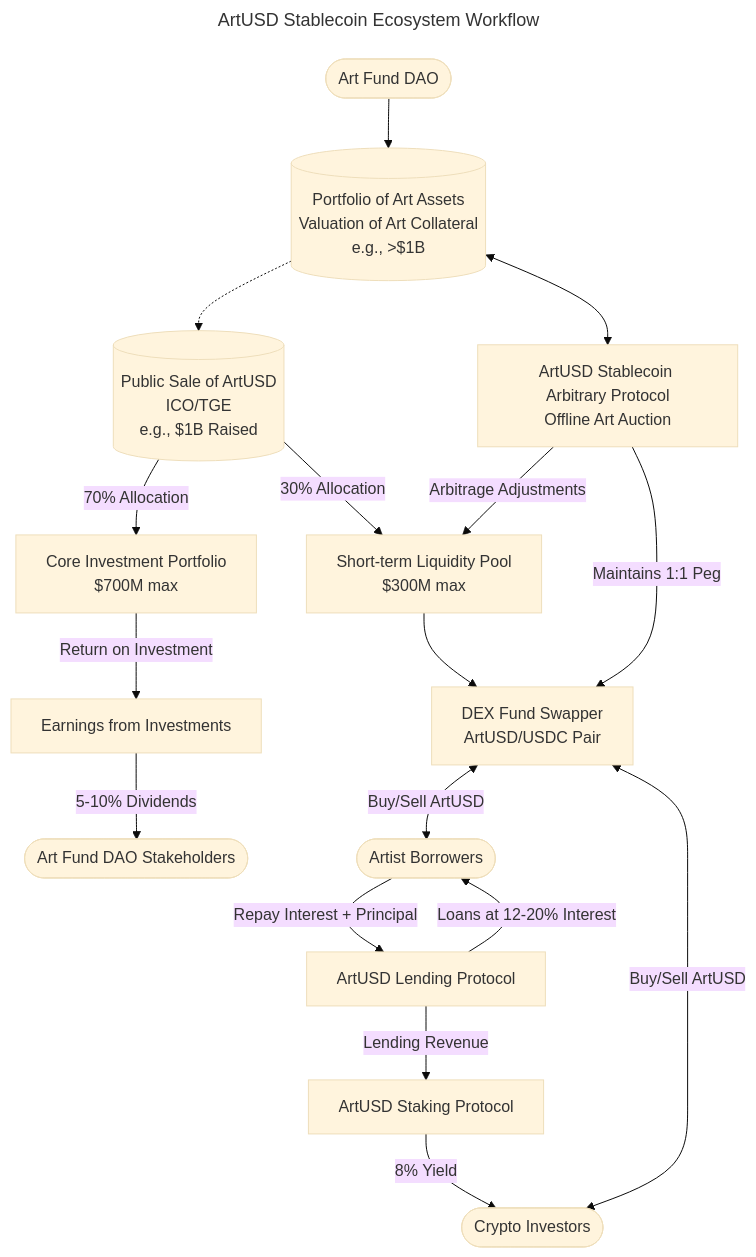
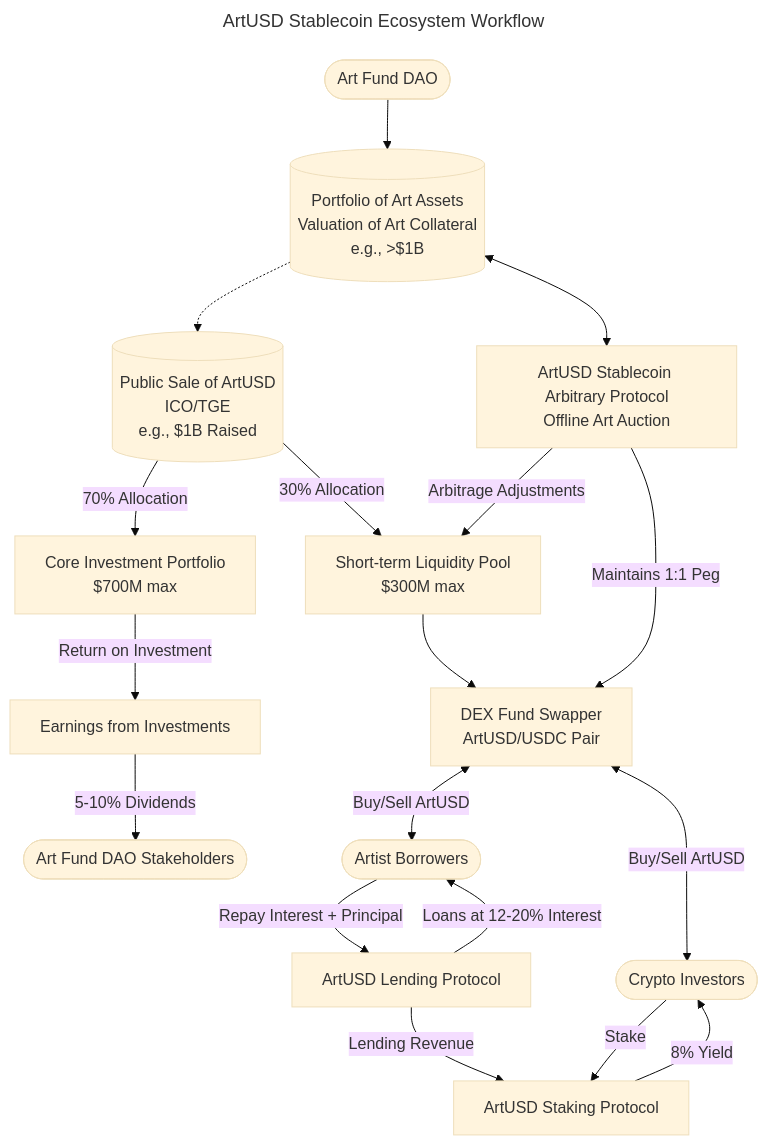
The first of 3 diagrams in ArtUSD Finance Protocol and Workflows.md (realmatterio/ArtUSD), drawn with Mermaid (base theme) before and after one commit.

Commit message:
Update ArtUSD Finance Protocol and Workflows.md

````diff
--- a/ArtUSD Finance Protocol and Workflows.md
+++ b/ArtUSD Finance Protocol and Workflows.md
@@ -3,22 +3,23 @@
 ```mermaid
 ---
 title: ArtUSD Stablecoin Ecosystem Workflow
 ---
 graph TD
     A[(Public Sale of ArtUSD<br>ICO/TGE<br>e.g., $1B Raised)] -->|70% Allocation| B[Core Investment Portfolio<br>$700M max]
     A -->|30% Allocation| C[Short-term Liquidity Pool<br>$300M max]
     B -->|Return on Investment| D[Earnings from Investments]
     D -->|5-10% Dividends| E([Art Fund DAO Stakeholders])
     F[ArtUSD Lending Protocol] -->|Loans at 12-20% Interest| G([Artist Borrowers])
     G -->|Repay Interest + Principal| F
     F -->|Lending Revenue| H[ArtUSD Staking Protocol]
     H -->|8% Yield| I([Crypto Investors])
+    I -->|Stake| H
     C --> J[DEX Fund Swapper<br>ArtUSD/USDC Pair]
     J <-->|Buy/Sell ArtUSD| I
     J <-->|Buy/Sell ArtUSD| G
     K[ArtUSD Stablecoin Arbitrary Protocol<br>Offline Art Auction] -->|Maintains 1:1 Peg| J
     K -->|Arbitrage Adjustments| C
     L([Art Fund DAO]) --> M[(Portfolio of Art Assets<br>Valuation of Art Collateral<br>e.g., >$1B)]
     M -.-> A
     M <--> K 
 ```    
````
